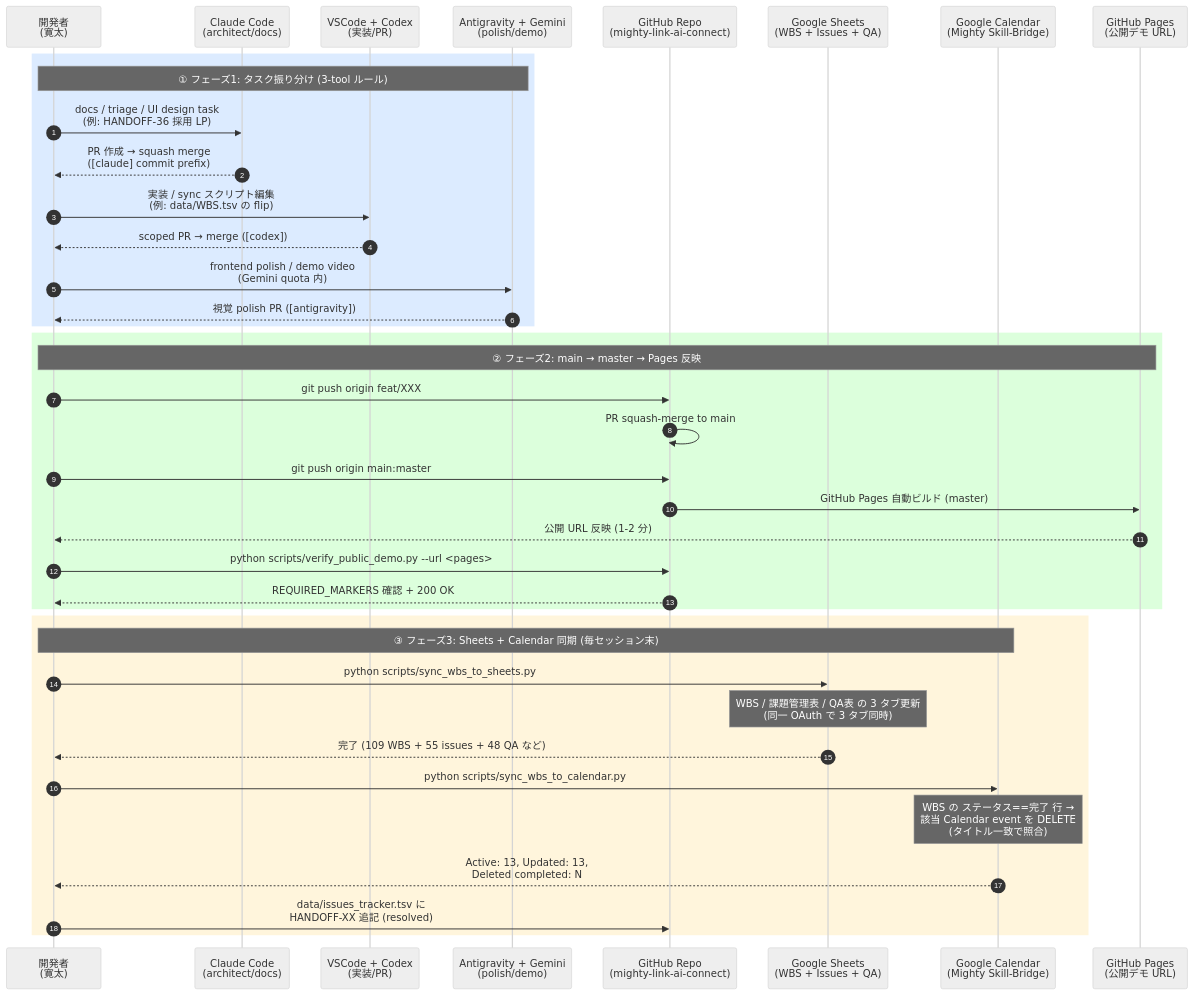
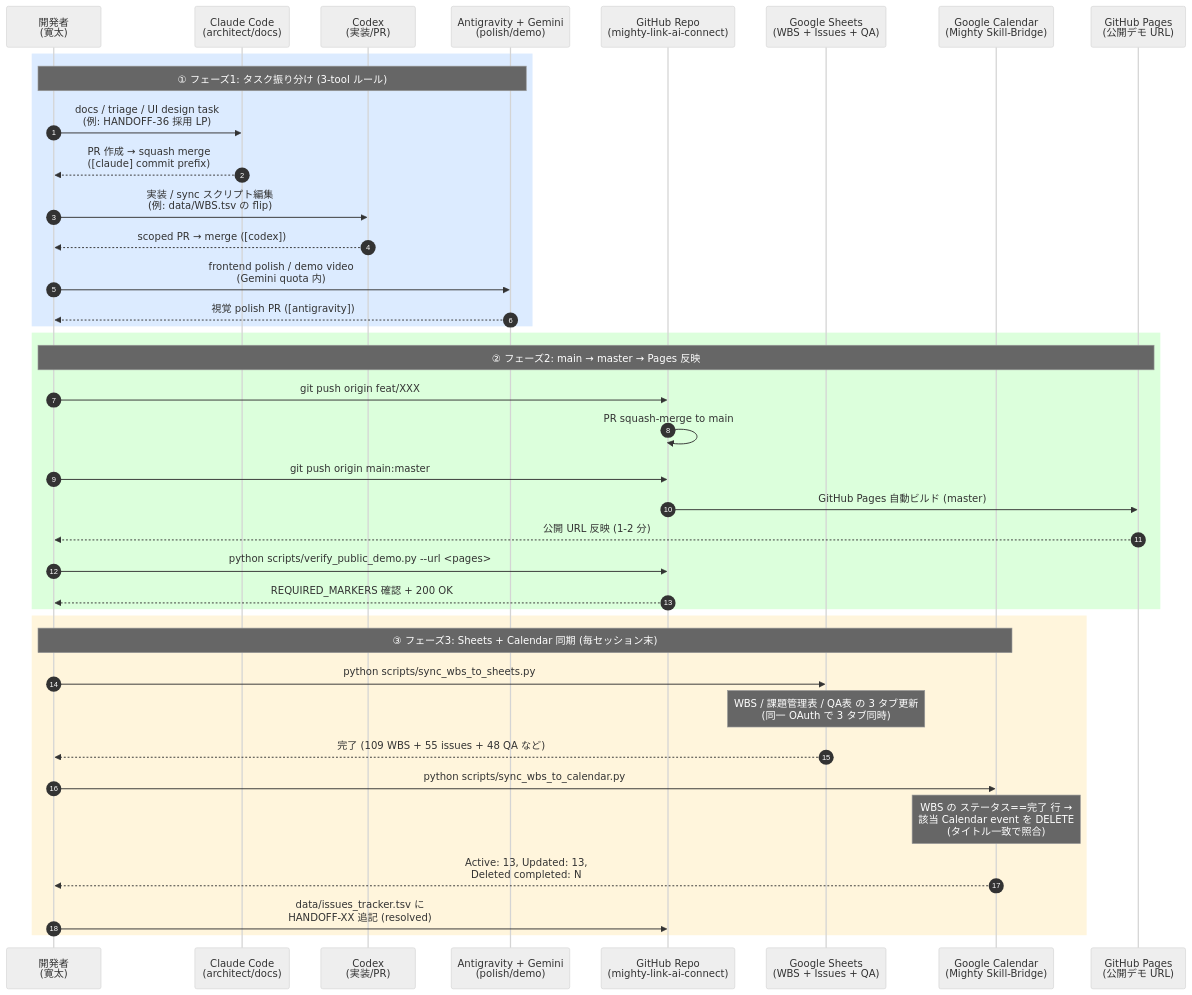
One commit to kanta13jp1/mighty-link-ai-connect changed the third of 4 diagrams in docs/SEQUENCE_DIAGRAMS.md. Above: the diagram before and after it, drawn with Mermaid (neutral theme). The commit also changed other lines of this file and 99 other files, not shown here.

````diff
--- a/docs/SEQUENCE_DIAGRAMS.md
+++ b/docs/SEQUENCE_DIAGRAMS.md
@@ -125,44 +125,44 @@
 ```mermaid
 sequenceDiagram
     autonumber
     participant Dev as 開発者<br/>(寛太)
     participant Claude as Claude Code<br/>(architect/docs)
-    participant Codex as VSCode + Codex<br/>(実装/PR)
+    participant Codex as Codex<br/>(実装/PR)
     participant Antig as Antigravity + Gemini<br/>(polish/demo)
     participant Repo as GitHub Repo<br/>(mighty-link-ai-connect)
     participant Sheets as Google Sheets<br/>(WBS + Issues + QA)
     participant Cal as Google Calendar<br/>(Mighty Skill-Bridge)
     participant Pages as GitHub Pages<br/>(公開デモ URL)
 
     rect rgb(220,235,255)
         Note over Dev,Antig: ① フェーズ1: タスク振り分け (3-tool ルール)
         Dev->>Claude: docs / triage / UI design task<br/>(例: HANDOFF-36 採用 LP)
         Claude-->>Dev: PR 作成 → squash merge<br/>([claude] commit prefix)
         Dev->>Codex: 実装 / sync スクリプト編集<br/>(例: data/WBS.tsv の flip)
         Codex-->>Dev: scoped PR → merge ([codex])
         Dev->>Antig: frontend polish / demo video<br/>(Gemini quota 内)
         Antig-->>Dev: 視覚 polish PR ([antigravity])
     end
 
     rect rgb(220,255,220)
         Note over Dev,Pages: ② フェーズ2: main → master → Pages 反映
         Dev->>Repo: git push origin feat/XXX
         Repo->>Repo: PR squash-merge to main
         Dev->>Repo: git push origin main:master
         Repo->>Pages: GitHub Pages 自動ビルド (master)
         Pages-->>Dev: 公開 URL 反映 (1-2 分)
         Dev->>Repo: python scripts/verify_public_demo.py --url <pages>
         Repo-->>Dev: REQUIRED_MARKERS 確認 + 200 OK
     end
 
     rect rgb(255,245,220)
         Note over Dev,Cal: ③ フェーズ3: Sheets + Calendar 同期 (毎セッション末)
         Dev->>Sheets: python scripts/sync_wbs_to_sheets.py
         Note over Sheets: WBS / 課題管理表 / QA表 の 3 タブ更新<br/>(同一 OAuth で 3 タブ同時)
         Sheets-->>Dev: 完了 (109 WBS + 55 issues + 48 QA など)
         Dev->>Cal: python scripts/sync_wbs_to_calendar.py
         Note over Cal: WBS の ステータス==完了 行 →<br/>該当 Calendar event を DELETE<br/>(タイトル一致で照合)
         Cal-->>Dev: Active: 13, Updated: 13,<br/>Deleted completed: N
         Dev->>Repo: data/issues_tracker.tsv に<br/>HANDOFF-XX 追記 (resolved)
     end
 ```
````
